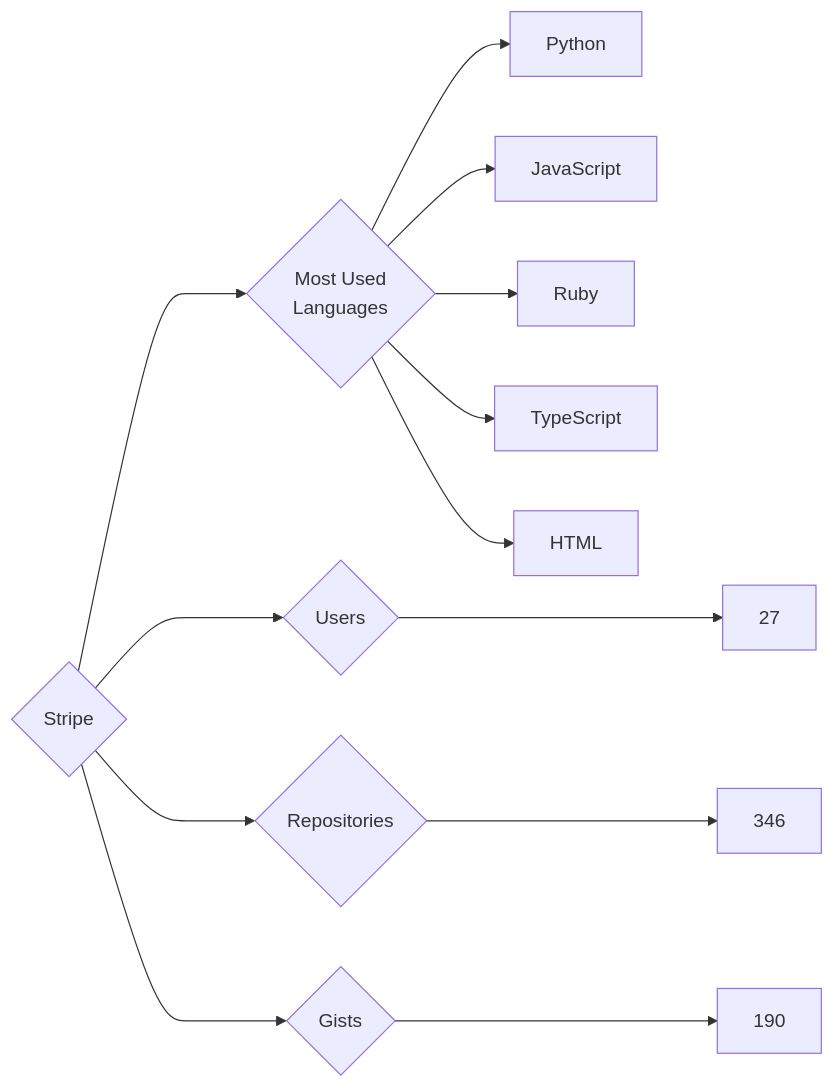
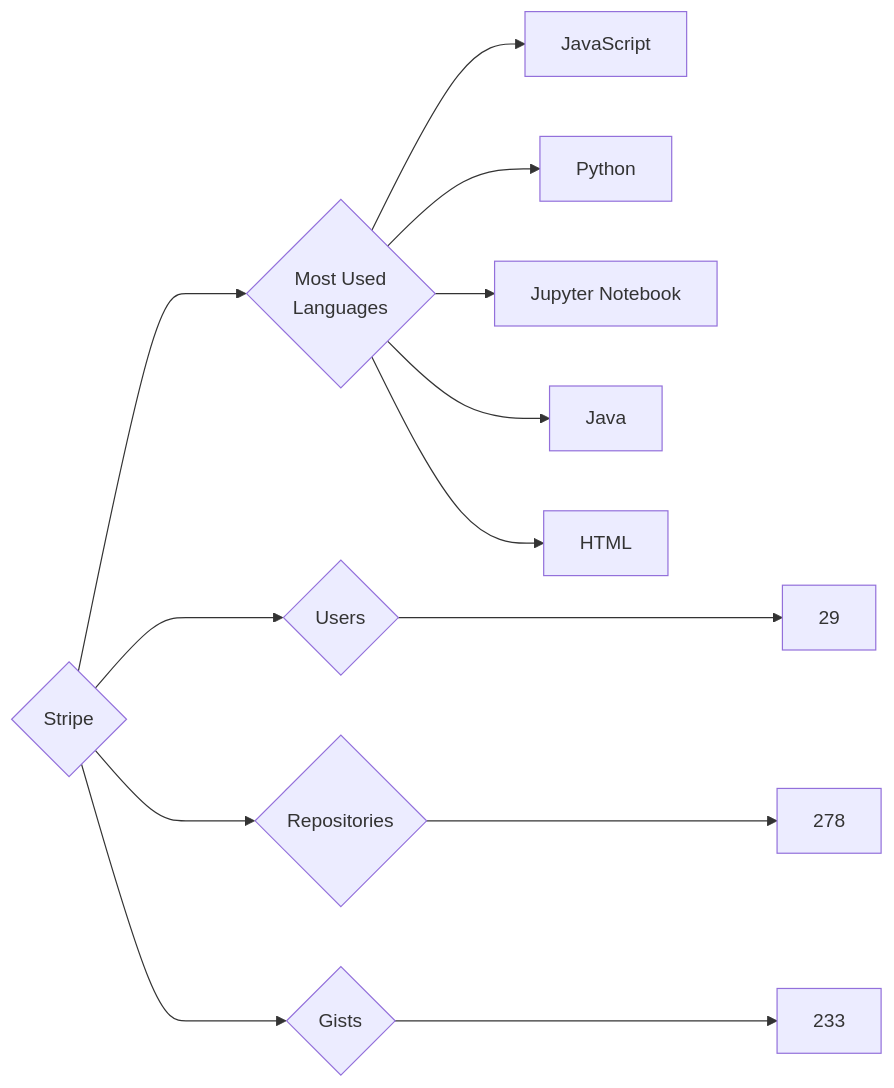
One commit to trickest/insiders changed the diagram in targets/Stripe/README.md. Above: the diagram before and after it, drawn with Mermaid. The commit also changed 912 other files, not shown here.

````diff
--- a/targets/Stripe/README.md
+++ b/targets/Stripe/README.md
@@ -3,13 +3,13 @@
 ```mermaid
 graph LR
 COMPANY_NAME{Stripe}
-COMPANY_NAME ---> U{Users} ---> UN[27]
-COMPANY_NAME ---> R{Repositories} ---> RN[346]
-COMPANY_NAME ---> G{Gists} ---> GN[190]
+COMPANY_NAME ---> U{Users} ---> UN[29]
+COMPANY_NAME ---> R{Repositories} ---> RN[278]
+COMPANY_NAME ---> G{Gists} ---> GN[233]
 COMPANY_NAME ---> ML{Most Used<br>Languages}
+ML --> JavaScript[JavaScript]
 ML --> Python[Python]
-ML --> JavaScript[JavaScript]
-ML --> Ruby[Ruby]
-ML --> TypeScript[TypeScript]
+ML --> Jupyter_Notebook[Jupyter Notebook]
+ML --> Java[Java]
 ML --> HTML[HTML]
 ```
````
